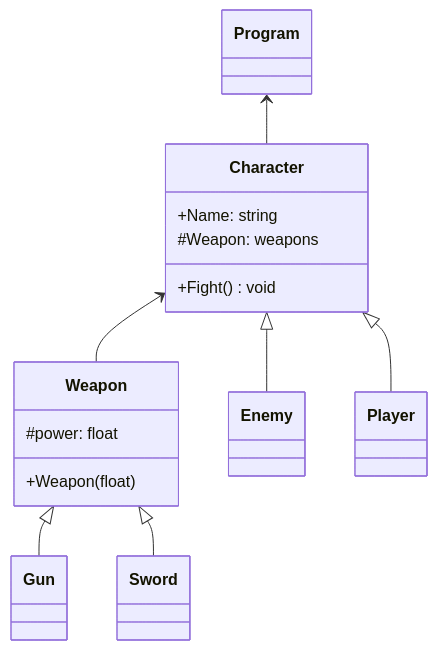
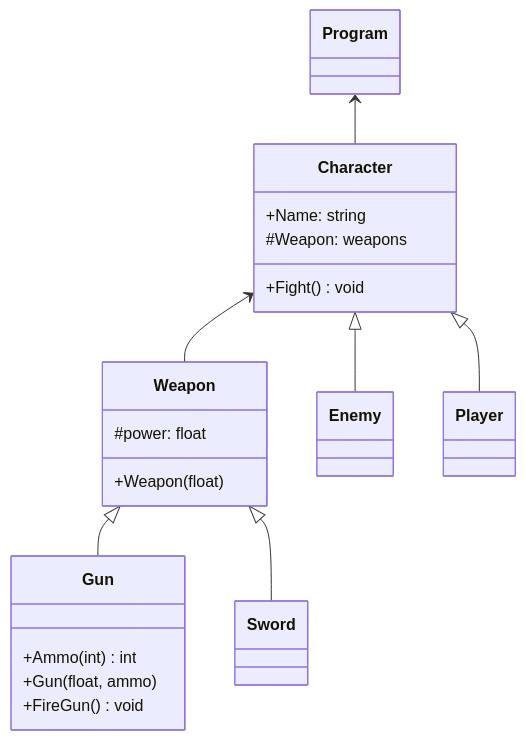
One commit to FabioRibeiro404/LP1Semana07 changed the diagram in README.md. Above: the diagram before and after it, drawn with Mermaid.

Commit message:
Add class Gun

````diff
--- a/README.md
+++ b/README.md
@@ -2,29 +2,34 @@
 ```mermaid
 
 classDiagram
 
 Program <-- Character
 Character <-- Weapon
 
 Character <|-- Enemy
 Character <|-- Player
 
 Weapon <|-- Gun
 Weapon <|-- Sword
 
 class Program{
       
 }
 
 class Character{
-  +Name: string
-  #Weapon: weapons
-  +Fight() void
+      +Name: string
+      #Weapon: weapons
+      +Fight() void
 }
 class Weapon{
-#power: float
-+Weapon(float)
+      #power: float
+      +Weapon(float)
+}
+class Gun{
+      +Ammo(int) int
+      +Gun(float, ammo)
+      +FireGun() void
 }
 
 
 ```
````
